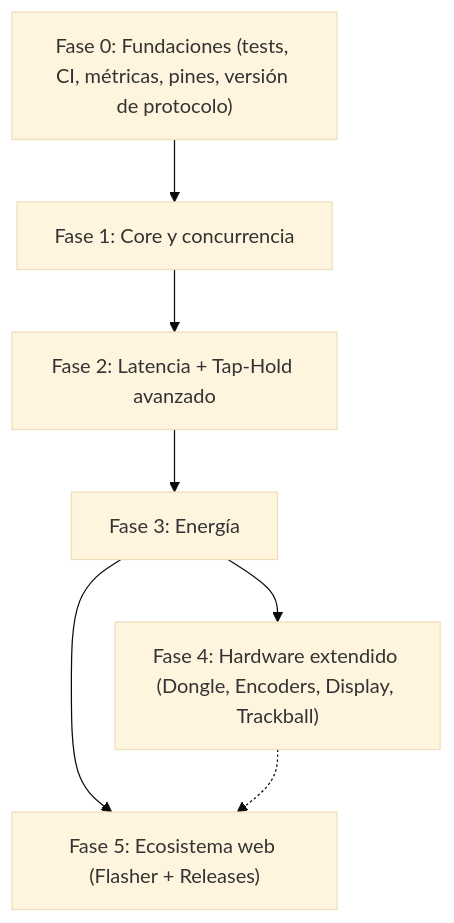
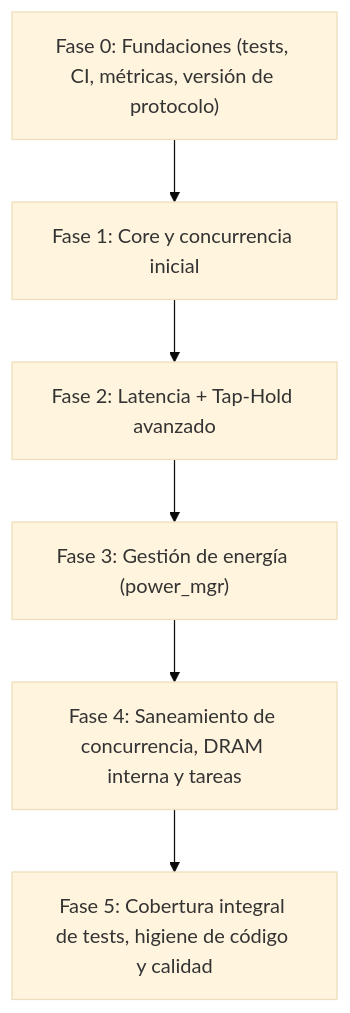
The first of 2 diagrams in implementations/FIRMWARE_EVOLUTION_IMPLEMENTATION_PLAN.md (TecleadosAr/Tecleados-ESP-Firmware-Theo-Local), drawn with Mermaid (base theme) before and after one commit. The commit also changed other lines of this file, not shown here.

````diff
--- a/implementations/FIRMWARE_EVOLUTION_IMPLEMENTATION_PLAN.md
+++ b/implementations/FIRMWARE_EVOLUTION_IMPLEMENTATION_PLAN.md
@@ -45,9 +43,8 @@
 ```mermaid
 flowchart TD
-    F0["Fase 0: Fundaciones (tests, CI, métricas, pines, versión de protocolo)"] --> F1["Fase 1: Core y concurrencia"]
+    F0["Fase 0: Fundaciones (tests, CI, métricas, versión de protocolo)"] --> F1["Fase 1: Core y concurrencia inicial"]
     F1 --> F2["Fase 2: Latencia + Tap-Hold avanzado"]
-    F2 --> F3["Fase 3: Energía"]
-    F3 --> F4["Fase 4: Hardware extendido (Dongle, Encoders, Display, Trackball)"]
-    F3 --> F5["Fase 5: Ecosistema web (Flasher + Releases)"]
-    F4 -.-> F5
+    F2 --> F3["Fase 3: Gestión de energía (power_mgr)"]
+    F3 --> F4["Fase 4: Saneamiento de concurrencia, DRAM interna y tareas"]
+    F4 --> F5["Fase 5: Cobertura integral de tests, higiene de código y calidad"]
 ```
````
